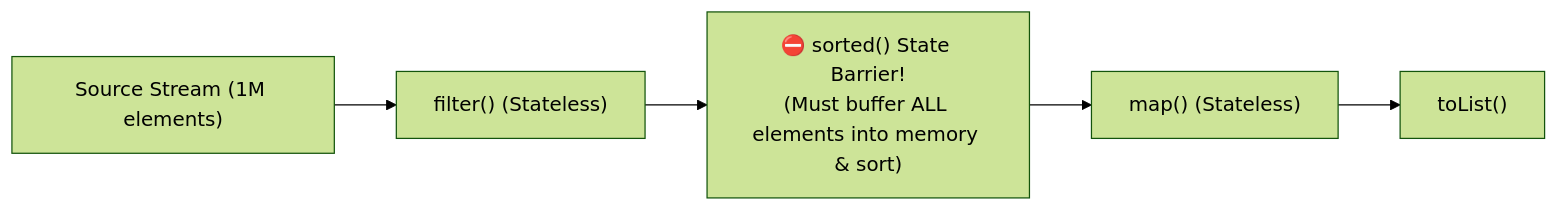
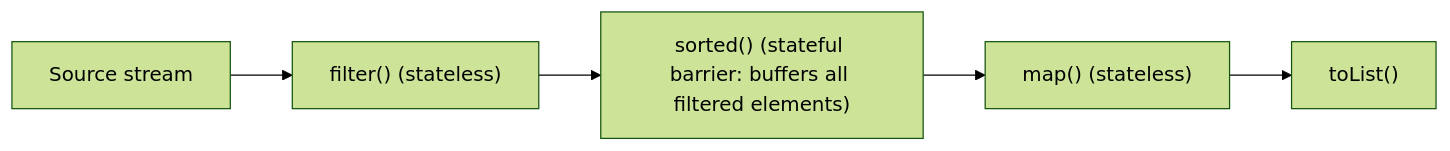
Before and after one commit to ravishankar2463/java_hub: the third of 4 diagrams in content/roadmap/level-4/the-streams-api.md, drawn with Mermaid (forest theme). The commit also changed other lines of this file and 119 other files, not shown here.

Commit message:
feat: add comprehensive java learning roadmap content across multiple levels

````diff
--- a/content/roadmap/level-4/the-streams-api.md
+++ b/content/roadmap/level-4/the-streams-api.md
@@ -108,7 +141,7 @@
 ```mermaid
 flowchart LR
-    Source["Source Stream (1M elements)"] --> Filter["filter() (Stateless)"]
-    Filter --> Barrier["⛔ sorted() State Barrier!<br/>(Must buffer ALL elements into memory &amp; sort)"]
-    Barrier --> Map["map() (Stateless)"]
-    Map --> Terminal["toList()"]
+    src["Source stream"] --> filt["filter() (stateless)"]
+    filt --> sort["sorted() (stateful barrier: buffers all filtered elements)"]
+    sort --> map["map() (stateless)"]
+    map --> out["toList()"]
 ```
````
